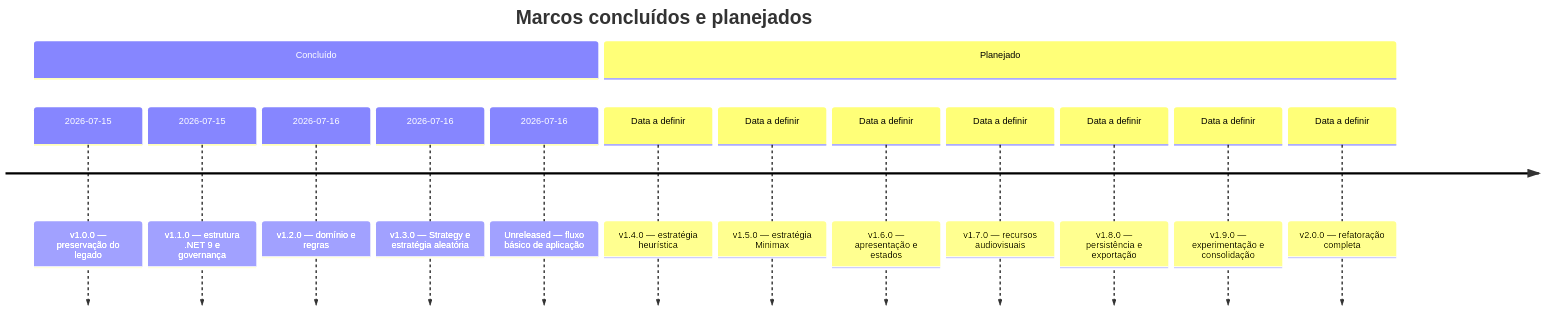
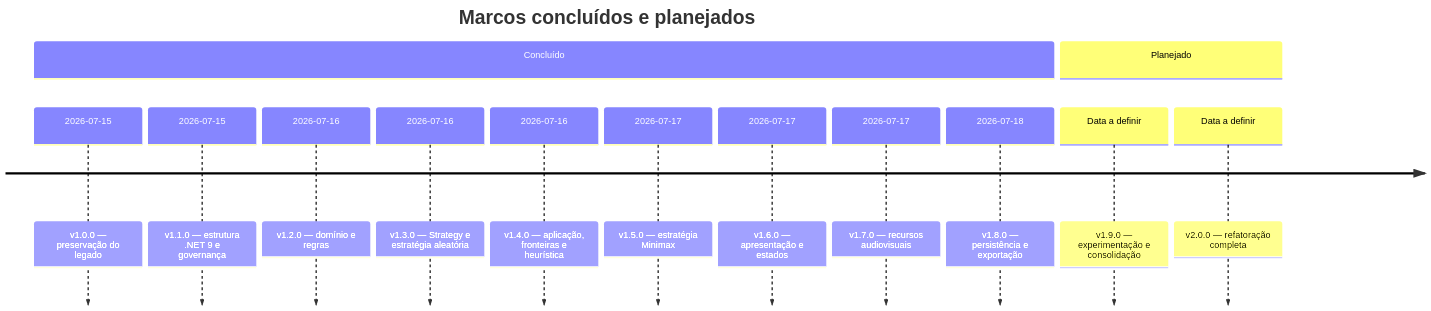
Before and after one commit to m4rc3lo/Tic-Tac-Toe: the second of 2 diagrams in docs/00-decisoes-e-escopo.md, drawn with Mermaid. The commit also changed 12 other files, not shown here.

````diff
--- a/docs/00-decisoes-e-escopo.md
+++ b/docs/00-decisoes-e-escopo.md
@@ -176,18 +176,17 @@
 ```mermaid
 timeline
     title Marcos concluídos e planejados
     section Concluído
         2026-07-15 : v1.0.0 — preservação do legado
         2026-07-15 : v1.1.0 — estrutura .NET 9 e governança
         2026-07-16 : v1.2.0 — domínio e regras
         2026-07-16 : v1.3.0 — Strategy e estratégia aleatória
-        2026-07-16 : Unreleased — fluxo básico de aplicação
+        2026-07-16 : v1.4.0 — aplicação, fronteiras e heurística
+        2026-07-17 : v1.5.0 — estratégia Minimax
+        2026-07-17 : v1.6.0 — apresentação e estados
+        2026-07-17 : v1.7.0 — recursos audiovisuais
+        2026-07-18 : v1.8.0 — persistência e exportação
     section Planejado
-        Data a definir : v1.4.0 — estratégia heurística
-        Data a definir : v1.5.0 — estratégia Minimax
-        Data a definir : v1.6.0 — apresentação e estados
-        Data a definir : v1.7.0 — recursos audiovisuais
-        Data a definir : v1.8.0 — persistência e exportação
         Data a definir : v1.9.0 — experimentação e consolidação
         Data a definir : v2.0.0 — refatoração completa
 ```
````
